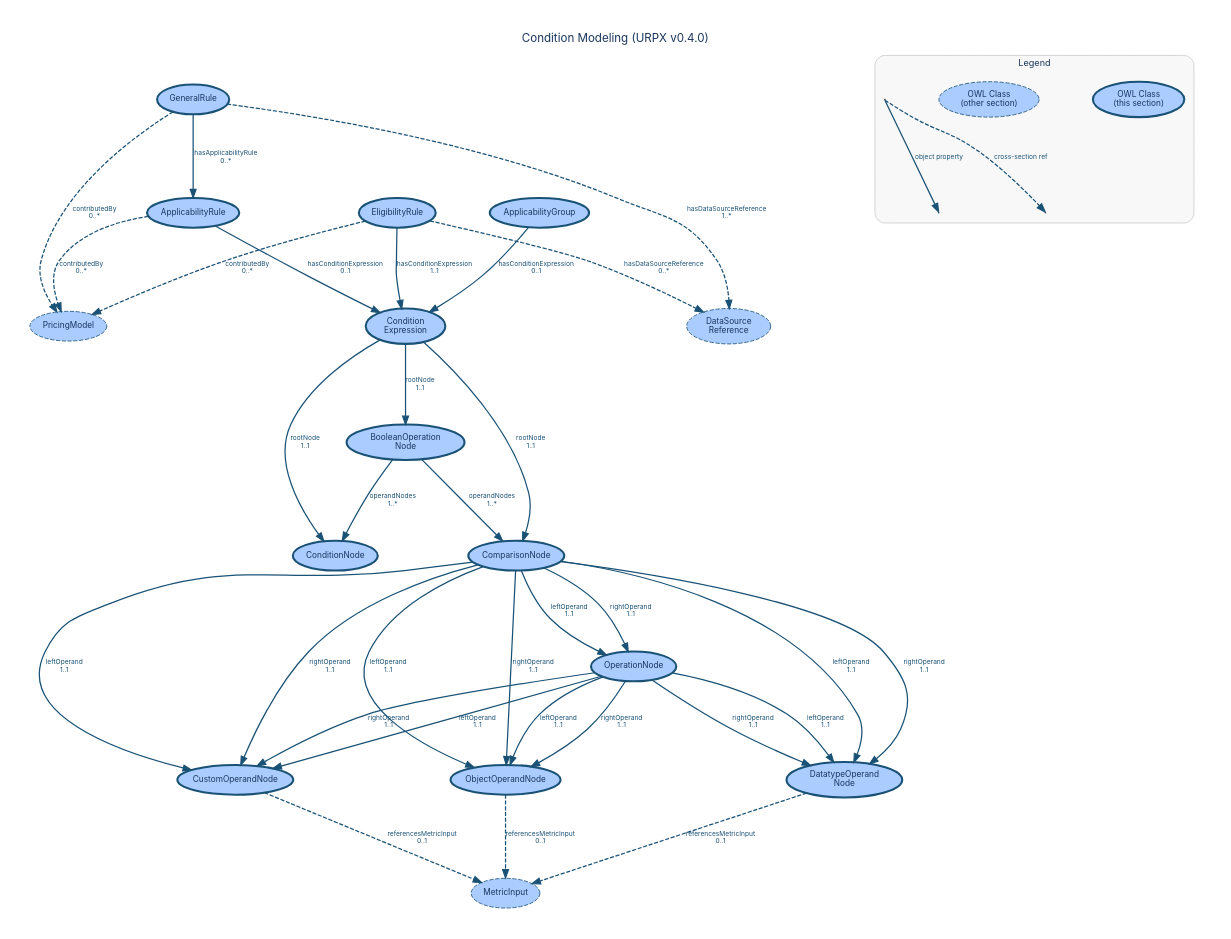
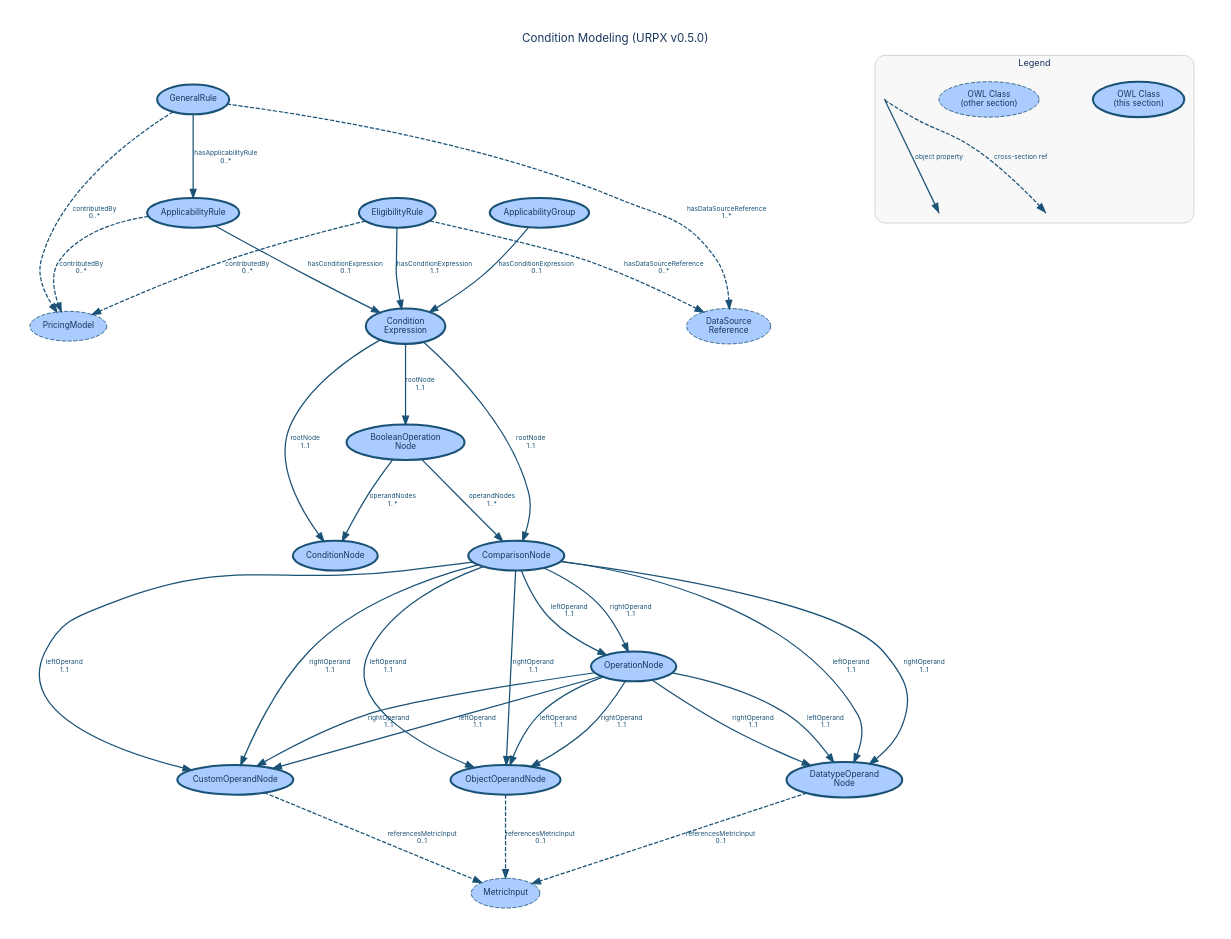
Before and after one commit to urpx-org/urpx: the diagram in documentation/diagrams/dictionary/condition-modeling.dot, drawn with Graphviz. The commit also changed 28 other files, not shown here.

```diff
--- a/documentation/diagrams/dictionary/condition-modeling.dot
+++ b/documentation/diagrams/dictionary/condition-modeling.dot
@@ -1,193 +1,193 @@
 digraph "Condition Modeling" {
     rankdir=TB;
     bgcolor="white";
     pad=0.4;
     nodesep=0.9;
     ranksep=1.1;
     start=42;
     fontname="Inter, Helvetica, Arial, sans-serif";
-    label="Condition Modeling (URPX v0.4.0)";
+    label="Condition Modeling (URPX v0.5.0)";
     labelloc="t";
     fontsize=14;
     fontcolor="#1a365d";
     node [fontname="Inter, Helvetica, Arial, sans-serif", fontsize=10, style=filled, fontcolor="#1a365d"];
     edge [fontname="Inter, Helvetica, Arial, sans-serif", fontsize=8, fontcolor="#1a365d"];
 
     // Section classes
     EligibilityRule [
         label="EligibilityRule"
         shape=ellipse, fillcolor="#aaccff", color="#1a5276", penwidth=2.5
     ];
     ApplicabilityRule [
         label="ApplicabilityRule"
         shape=ellipse, fillcolor="#aaccff", color="#1a5276", penwidth=2.5
     ];
     ApplicabilityGroup [
         label="ApplicabilityGroup"
         shape=ellipse, fillcolor="#aaccff", color="#1a5276", penwidth=2.5
     ];
     ConditionExpression [
         label="Condition\nExpression"
         shape=ellipse, fillcolor="#aaccff", color="#1a5276", penwidth=2.5
     ];
     ConditionNode [
         label="ConditionNode"
         shape=ellipse, fillcolor="#aaccff", color="#1a5276", penwidth=2.5
     ];
     BooleanOperationNode [
         label="BooleanOperation\nNode"
         shape=ellipse, fillcolor="#aaccff", color="#1a5276", penwidth=2.5
     ];
     ComparisonNode [
         label="ComparisonNode"
         shape=ellipse, fillcolor="#aaccff", color="#1a5276", penwidth=2.5
     ];
     OperationNode [
         label="OperationNode"
         shape=ellipse, fillcolor="#aaccff", color="#1a5276", penwidth=2.5
     ];
     CustomOperandNode [
         label="CustomOperandNode"
         shape=ellipse, fillcolor="#aaccff", color="#1a5276", penwidth=2.5
     ];
     DatatypeOperandNode [
         label="DatatypeOperand\nNode"
         shape=ellipse, fillcolor="#aaccff", color="#1a5276", penwidth=2.5
     ];
     ObjectOperandNode [
         label="ObjectOperandNode"
         shape=ellipse, fillcolor="#aaccff", color="#1a5276", penwidth=2.5
     ];
     GeneralRule [
         label="GeneralRule"
         shape=ellipse, fillcolor="#aaccff", color="#1a5276", penwidth=2.5
     ];
 
     // Cross-section references
     DataSourceReference [
         label="DataSource\nReference"
         shape=ellipse, fillcolor="#aaccff", color="#1a5276", penwidth=1, style="filled,dashed"
     ];
     MetricInput [
         label="MetricInput"
         shape=ellipse, fillcolor="#aaccff", color="#1a5276", penwidth=1, style="filled,dashed"
     ];
     PricingModel [
         label="PricingModel"
         shape=ellipse, fillcolor="#aaccff", color="#1a5276", penwidth=1, style="filled,dashed"
     ];
 
     // Object property edges
     EligibilityRule -> PricingModel [
         label="contributedBy\n0..*", style=dashed, color="#1a5276", fontcolor="#1a5276", penwidth=1.5
     ];
     EligibilityRule -> ConditionExpression [
         label="hasConditionExpression\n1..1", color="#1a5276", fontcolor="#1a5276", penwidth=1.5
     ];
     EligibilityRule -> DataSourceReference [
         label="hasDataSourceReference\n0..*", style=dashed, color="#1a5276", fontcolor="#1a5276", penwidth=1.5
     ];
     ApplicabilityRule -> PricingModel [
         label="contributedBy\n0..*", style=dashed, color="#1a5276", fontcolor="#1a5276", penwidth=1.5
     ];
     ApplicabilityRule -> ConditionExpression [
         label="hasConditionExpression\n0..1", color="#1a5276", fontcolor="#1a5276", penwidth=1.5
     ];
     ApplicabilityGroup -> ConditionExpression [
         label="hasConditionExpression\n0..1", color="#1a5276", fontcolor="#1a5276", penwidth=1.5
     ];
     ConditionExpression -> ConditionNode [
         label="rootNode\n1..1", color="#1a5276", fontcolor="#1a5276", penwidth=1.5
     ];
     ConditionExpression -> ComparisonNode [
         label="rootNode\n1..1", color="#1a5276", fontcolor="#1a5276", penwidth=1.5
     ];
     ConditionExpression -> BooleanOperationNode [
         label="rootNode\n1..1", color="#1a5276", fontcolor="#1a5276", penwidth=1.5
     ];
     BooleanOperationNode -> ConditionNode [
         label="operandNodes\n1..*", color="#1a5276", fontcolor="#1a5276", penwidth=1.5
     ];
     BooleanOperationNode -> ComparisonNode [
         label="operandNodes\n1..*", color="#1a5276", fontcolor="#1a5276", penwidth=1.5
     ];
     ComparisonNode -> DatatypeOperandNode [
         label="leftOperand\n1..1", color="#1a5276", fontcolor="#1a5276", penwidth=1.5
     ];
     ComparisonNode -> ObjectOperandNode [
         label="leftOperand\n1..1", color="#1a5276", fontcolor="#1a5276", penwidth=1.5
     ];
     ComparisonNode -> CustomOperandNode [
         label="leftOperand\n1..1", color="#1a5276", fontcolor="#1a5276", penwidth=1.5
     ];
     ComparisonNode -> OperationNode [
         label="leftOperand\n1..1", color="#1a5276", fontcolor="#1a5276", penwidth=1.5
     ];
     ComparisonNode -> DatatypeOperandNode [
         label="rightOperand\n1..1", color="#1a5276", fontcolor="#1a5276", penwidth=1.5
     ];
     ComparisonNode -> ObjectOperandNode [
         label="rightOperand\n1..1", color="#1a5276", fontcolor="#1a5276", penwidth=1.5
     ];
     ComparisonNode -> CustomOperandNode [
         label="rightOperand\n1..1", color="#1a5276", fontcolor="#1a5276", penwidth=1.5
     ];
     ComparisonNode -> OperationNode [
         label="rightOperand\n1..1", color="#1a5276", fontcolor="#1a5276", penwidth=1.5
     ];
     OperationNode -> DatatypeOperandNode [
         label="leftOperand\n1..1", color="#1a5276", fontcolor="#1a5276", penwidth=1.5
     ];
     OperationNode -> ObjectOperandNode [
         label="leftOperand\n1..1", color="#1a5276", fontcolor="#1a5276", penwidth=1.5
     ];
     OperationNode -> CustomOperandNode [
         label="leftOperand\n1..1", color="#1a5276", fontcolor="#1a5276", penwidth=1.5
     ];
     OperationNode -> DatatypeOperandNode [
         label="rightOperand\n1..1", color="#1a5276", fontcolor="#1a5276", penwidth=1.5
     ];
     OperationNode -> ObjectOperandNode [
         label="rightOperand\n1..1", color="#1a5276", fontcolor="#1a5276", penwidth=1.5
     ];
     OperationNode -> CustomOperandNode [
         label="rightOperand\n1..1", color="#1a5276", fontcolor="#1a5276", penwidth=1.5
     ];
     CustomOperandNode -> MetricInput [
         label="referencesMetricInput\n0..1", style=dashed, color="#1a5276", fontcolor="#1a5276", penwidth=1.5
     ];
     DatatypeOperandNode -> MetricInput [
         label="referencesMetricInput\n0..1", style=dashed, color="#1a5276", fontcolor="#1a5276", penwidth=1.5
     ];
     ObjectOperandNode -> MetricInput [
         label="referencesMetricInput\n0..1", style=dashed, color="#1a5276", fontcolor="#1a5276", penwidth=1.5
     ];
     GeneralRule -> PricingModel [
         label="contributedBy\n0..*", style=dashed, color="#1a5276", fontcolor="#1a5276", penwidth=1.5
     ];
     GeneralRule -> ApplicabilityRule [
         label="hasApplicabilityRule\n0..*", color="#1a5276", fontcolor="#1a5276", penwidth=1.5
     ];
     GeneralRule -> DataSourceReference [
         label="hasDataSourceReference\n1..*", style=dashed, color="#1a5276", fontcolor="#1a5276", penwidth=1.5
     ];
 
     subgraph cluster_legend {
         label="Legend";
         fontname="Inter, Helvetica, Arial, sans-serif";
         fontsize=11;
         fontcolor="#1a365d";
         style=rounded;
         color="#cccccc";
         bgcolor="#f8f8f8";
         margin=12;
 
         leg_class [label="OWL Class\n(this section)", shape=ellipse, fillcolor="#aaccff", color="#1a5276", penwidth=2.5];
         leg_xref [label="OWL Class\n(other section)", shape=ellipse, fillcolor="#aaccff", color="#1a5276", penwidth=1, style="filled,dashed"];
         leg_src [label=" ", shape=point, width=0.01];
         leg_tgt1 [label=" ", shape=point, width=0.01];
         leg_src -> leg_tgt1 [label="object property", color="#1a5276", fontcolor="#1a5276", penwidth=1.5];
         leg_tgt2 [label=" ", shape=point, width=0.01];
         leg_src -> leg_tgt2 [label="cross-section ref", style=dashed, color="#1a5276", fontcolor="#1a5276", penwidth=1.5];
     }
 }
```
